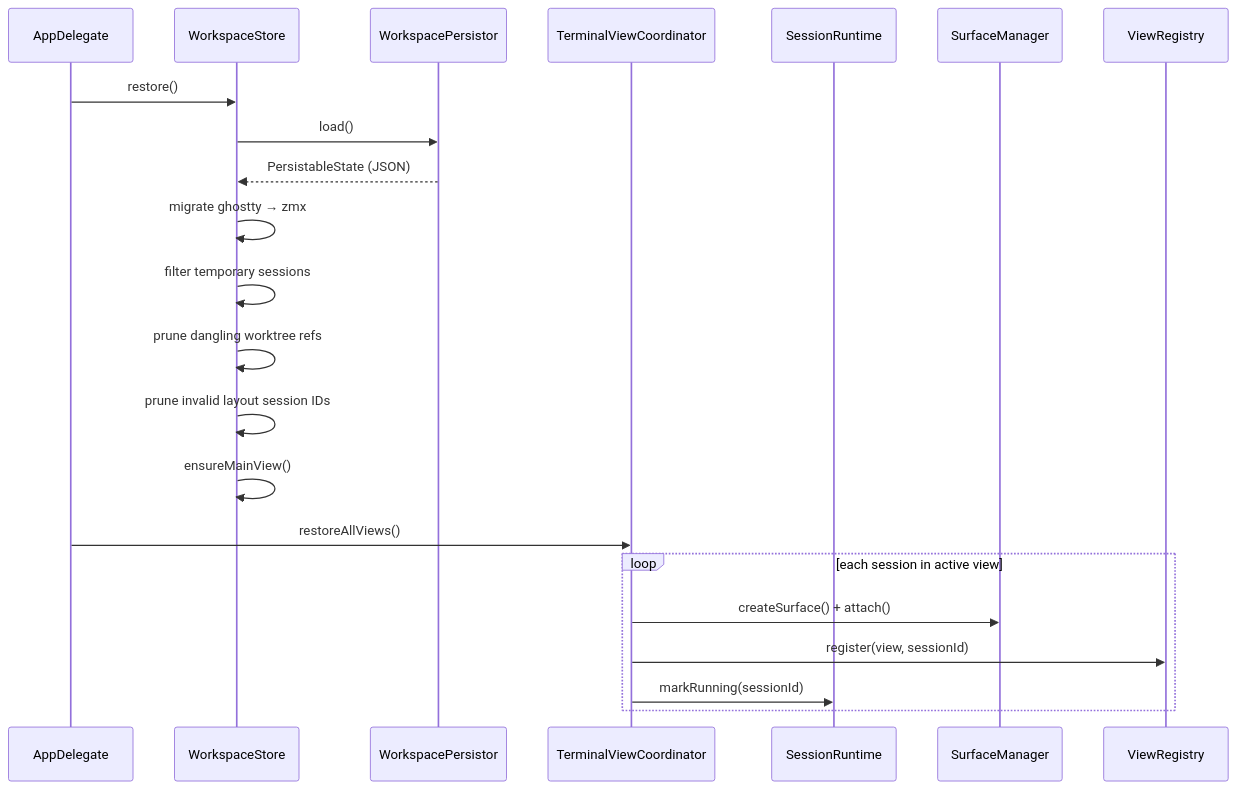
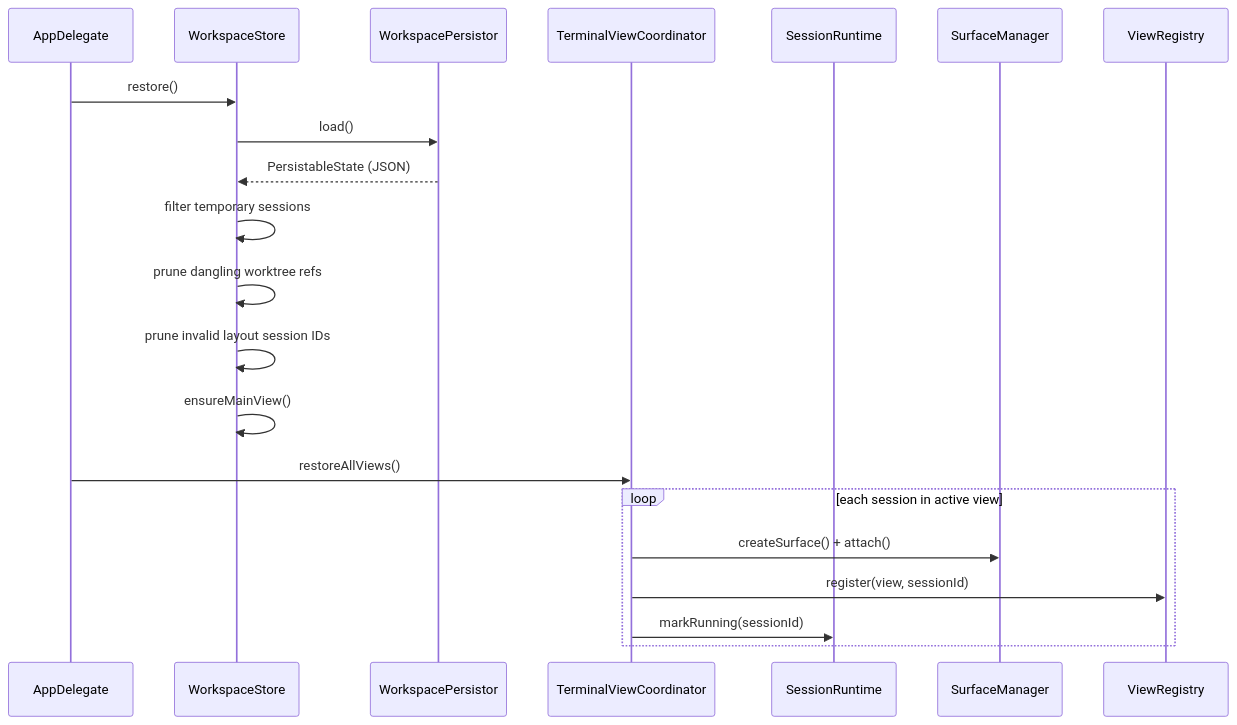
The third of 3 diagrams in docs/architecture/component_architecture.md (ShravanSunder/agentstudio), drawn with Mermaid before and after one commit. The commit also changed other lines of this file and 3 other files, not shown here.

````diff
--- a/docs/architecture/component_architecture.md
+++ b/docs/architecture/component_architecture.md
@@ -467,26 +467,25 @@
 ```mermaid
 sequenceDiagram
     participant AD as AppDelegate
     participant Store as WorkspaceStore
     participant P as WorkspacePersistor
     participant Coord as TerminalViewCoordinator
     participant RT as SessionRuntime
     participant SM as SurfaceManager
     participant VR as ViewRegistry
 
     AD->>Store: restore()
     Store->>P: load()
     P-->>Store: PersistableState (JSON)
-    Store->>Store: migrate ghostty → zmx
     Store->>Store: filter temporary sessions
     Store->>Store: prune dangling worktree refs
     Store->>Store: prune invalid layout session IDs
     Store->>Store: ensureMainView()
 
     AD->>Coord: restoreAllViews()
     loop each session in active view
         Coord->>SM: createSurface() + attach()
         Coord->>VR: register(view, sessionId)
         Coord->>RT: markRunning(sessionId)
     end
 ```
````
